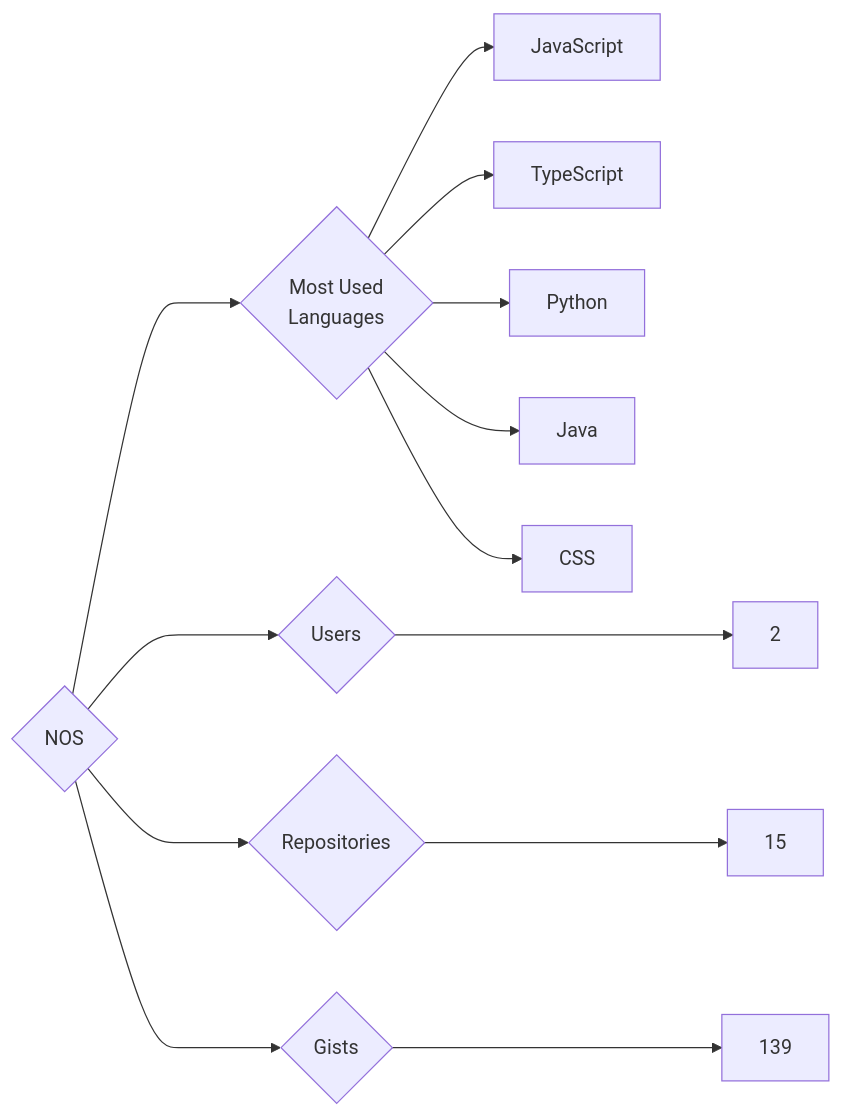
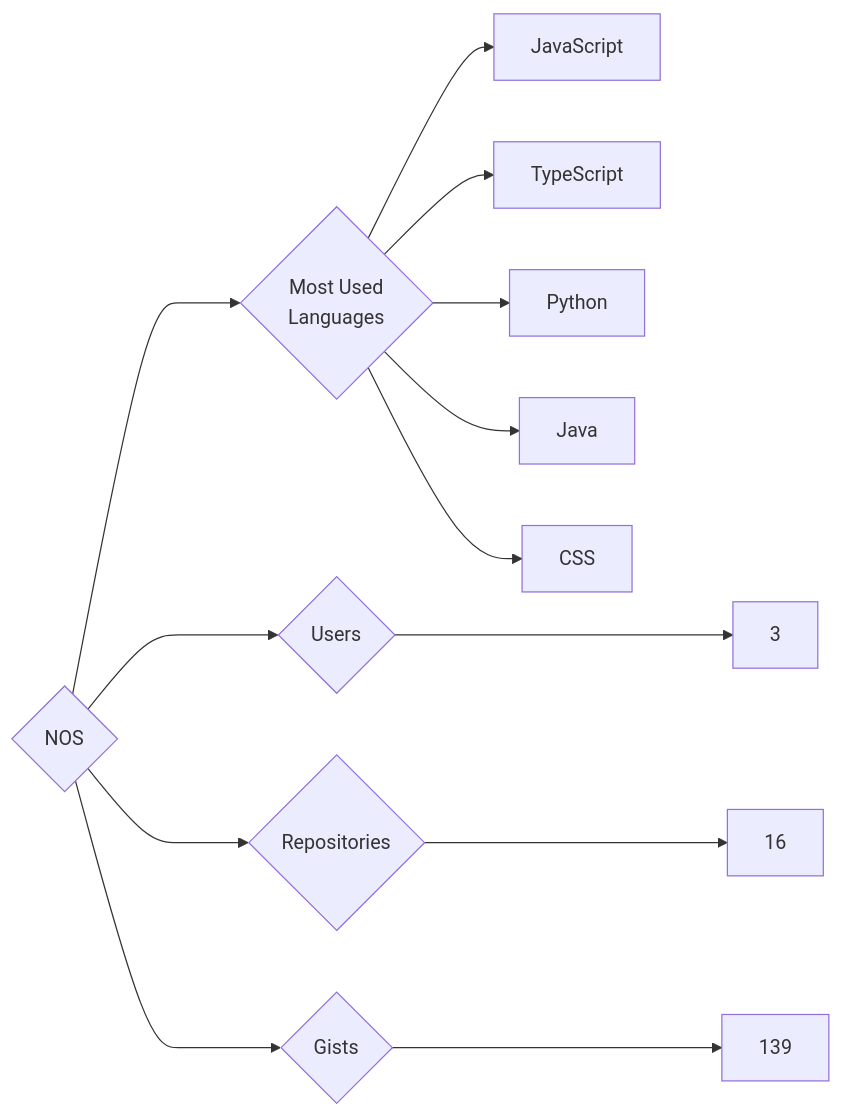
Before and after one commit to trickest/insiders: the diagram in targets/NOS/README.md, drawn with Mermaid. The commit also changed 794 other files, not shown here.

````diff
--- a/targets/NOS/README.md
+++ b/targets/NOS/README.md
@@ -3,13 +3,13 @@
 ```mermaid
 graph LR
 COMPANY_NAME{NOS}
-COMPANY_NAME ---> U{Users} ---> UN[2]
-COMPANY_NAME ---> R{Repositories} ---> RN[15]
+COMPANY_NAME ---> U{Users} ---> UN[3]
+COMPANY_NAME ---> R{Repositories} ---> RN[16]
 COMPANY_NAME ---> G{Gists} ---> GN[139]
 COMPANY_NAME ---> ML{Most Used<br>Languages}
 ML --> JavaScript[JavaScript]
 ML --> TypeScript[TypeScript]
 ML --> Python[Python]
 ML --> Java[Java]
 ML --> CSS[CSS]
 ```
````
